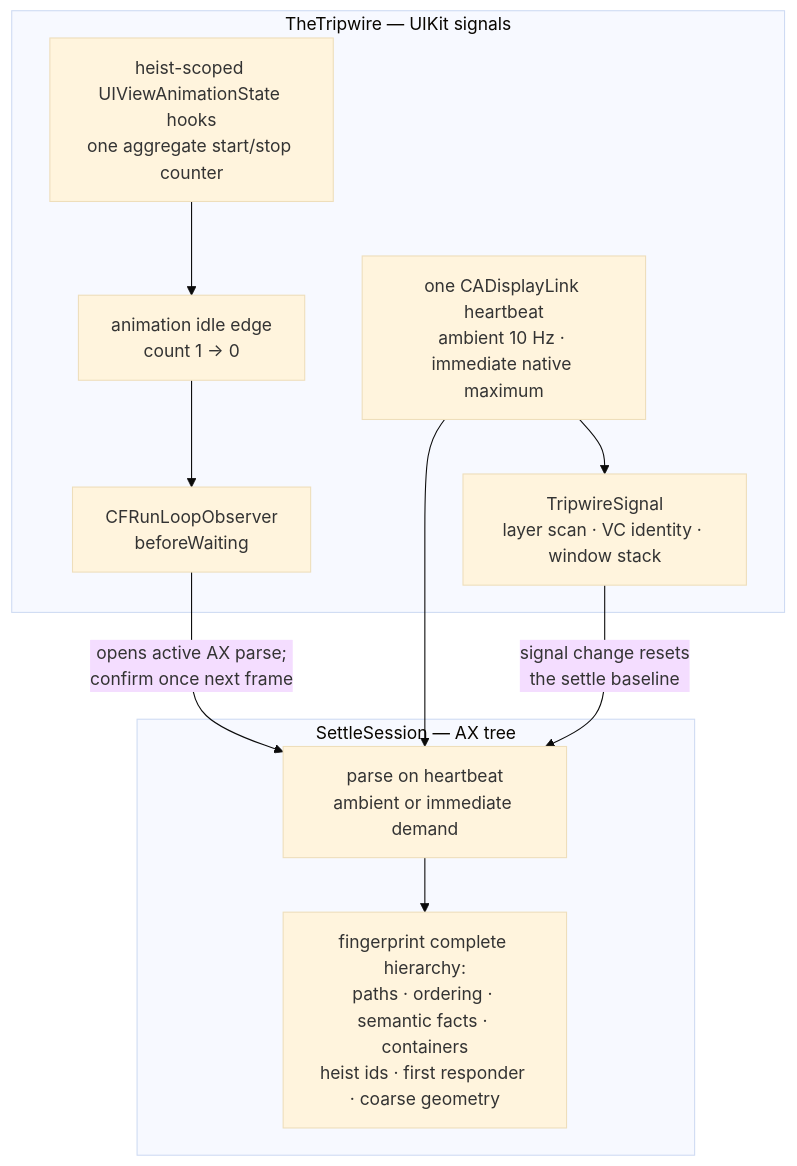
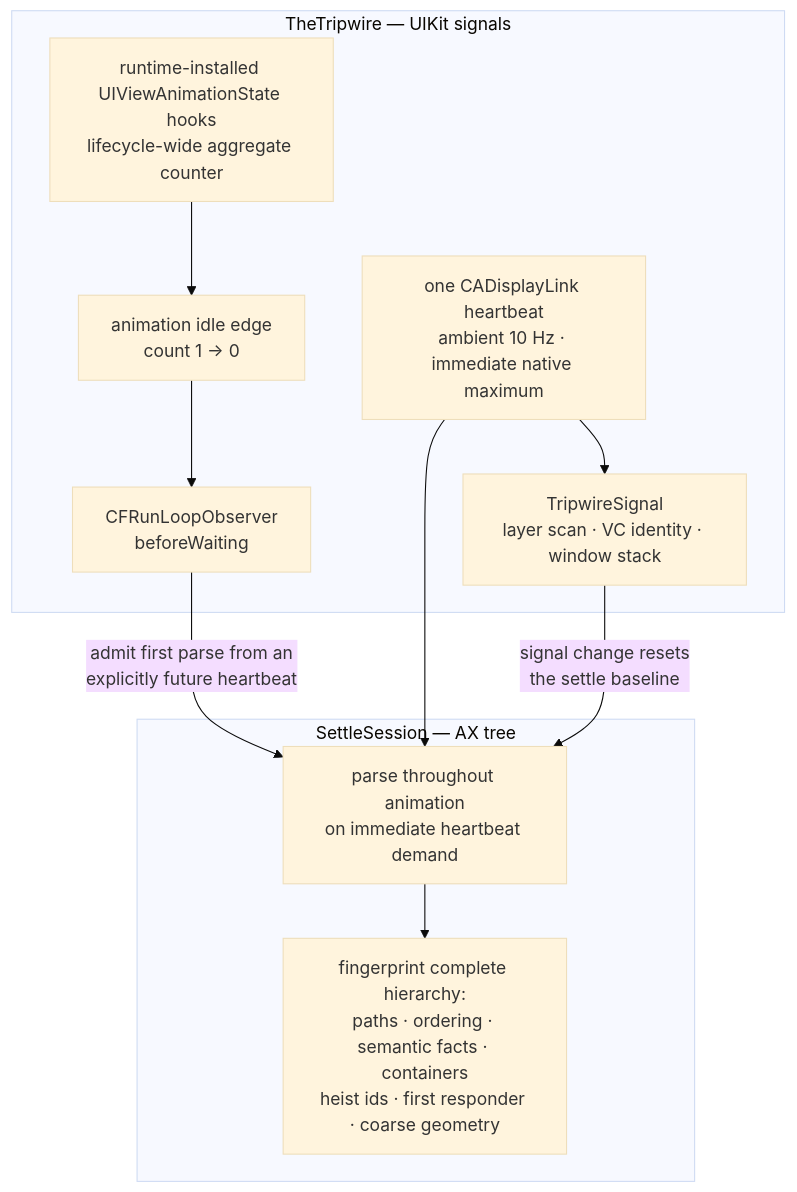
Before and after one commit to RoyalPineapple/TheButtonHeist: the second of 2 diagrams in docs/diagrams/settle-loop.md, drawn with Mermaid (base theme). The commit also changed other lines of this file and 33 other files, not shown here.

First line of the commit message:
Move UIKit idle tracking to runtime lifecycle (#1381)

````diff
--- a/docs/diagrams/settle-loop.md
+++ b/docs/diagrams/settle-loop.md
@@ -51,20 +55,20 @@
 ```mermaid
 flowchart TD
     subgraph tripwire["TheTripwire — UIKit signals"]
-        ANIMATION["heist-scoped UIViewAnimationState hooks<br/>one aggregate start/stop counter"]
+        ANIMATION["runtime-installed UIViewAnimationState hooks<br/>lifecycle-wide aggregate counter"]
         ANIMATION_IDLE["animation idle edge<br/>count 1 → 0"]
         RUN_LOOP_IDLE["CFRunLoopObserver<br/>beforeWaiting"]
         PULSE["one CADisplayLink heartbeat<br/>ambient 10 Hz · immediate native maximum"]
         SIGNAL["TripwireSignal<br/>layer scan · VC identity · window stack"]
         ANIMATION --> ANIMATION_IDLE --> RUN_LOOP_IDLE
         PULSE --> SIGNAL
     end
     subgraph settle["SettleSession — AX tree"]
-        PARSE["parse on heartbeat<br/>ambient or immediate demand"]
+        PARSE["parse throughout animation<br/>on immediate heartbeat demand"]
         FP["fingerprint complete hierarchy:<br/>paths · ordering · semantic facts · containers<br/>heist ids · first responder · coarse geometry"]
         PARSE --> FP
     end
-    RUN_LOOP_IDLE -- "opens active AX parse;<br/>confirm once next frame" --> PARSE
+    RUN_LOOP_IDLE -- "admit first parse from an<br/>explicitly future heartbeat" --> PARSE
     PULSE --> PARSE
     SIGNAL -- "signal change resets<br/>the settle baseline" --> PARSE
 ```
````
